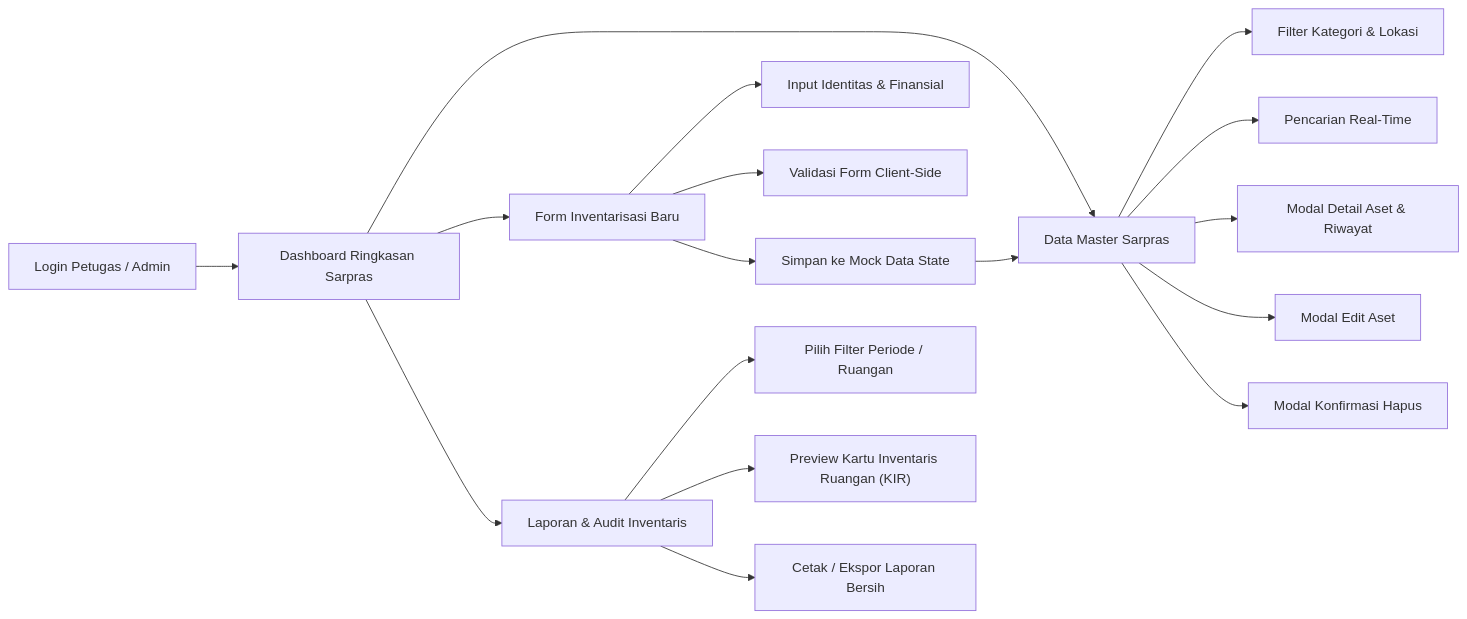
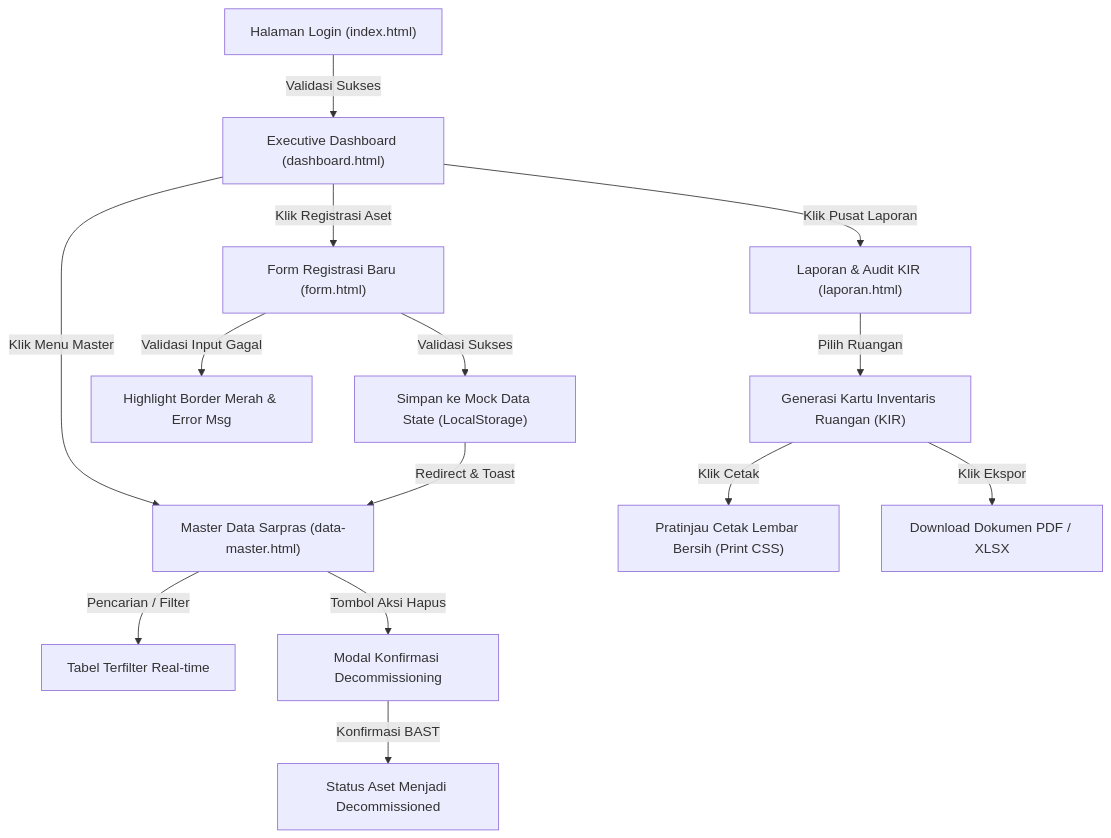
The second of 3 diagrams in PERANCANGAN.md (HeinrichRaxwell/SARPRAS-ACADEMIA), drawn with Mermaid before and after one commit. The commit also changed other lines of this file and 5 other files, not shown here.

````diff
--- a/PERANCANGAN.md
+++ b/PERANCANGAN.md
@@ -166,22 +312,19 @@
 ```mermaid
-graph LR
-    A["Login Petugas / Admin"] --> B["Dashboard Ringkasan Sarpras"]
-    B --> C["Data Master Sarpras"]
-    B --> D["Form Inventarisasi Baru"]
-    B --> E["Laporan & Audit Inventaris"]
+graph TD
+    A["Halaman Login (index.html)"] -->|Validasi Sukses| B["Executive Dashboard (dashboard.html)"]
+    B -->|Klik Menu Master| C["Master Data Sarpras (data-master.html)"]
+    B -->|Klik Registrasi Aset| D["Form Registrasi Baru (form.html)"]
+    B -->|Klik Pusat Laporan| E["Laporan & Audit KIR (laporan.html)"]
     
-    C --> C1["Filter Kategori & Lokasi"]
-    C --> C2["Pencarian Real-Time"]
-    C --> C3["Modal Detail Aset & Riwayat"]
-    C --> C4["Modal Edit Aset"]
-    C --> C5["Modal Konfirmasi Hapus"]
+    C -->|Pencarian / Filter| C1["Tabel Terfilter Real-time"]
+    C -->|Tombol Aksi Hapus| C2["Modal Konfirmasi Decommissioning"]
+    C2 -->|Konfirmasi BAST| C3["Status Aset Menjadi Decommissioned"]
     
-    D --> D1["Input Identitas & Finansial"]
-    D --> D2["Validasi Form Client-Side"]
-    D --> D3["Simpan ke Mock Data State"]
-    D3 --> C
+    D -->|Validasi Input Gagal| D1["Highlight Border Merah & Error Msg"]
+    D -->|Validasi Sukses| D2["Simpan ke Mock Data State (LocalStorage)"]
+    D2 -->|Redirect & Toast| C
     
-    E --> E1["Pilih Filter Periode / Ruangan"]
-    E --> E2["Preview Kartu Inventaris Ruangan (KIR)"]
-    E --> E3["Cetak / Ekspor Laporan Bersih"]
+    E -->|Pilih Ruangan| E1["Generasi Kartu Inventaris Ruangan (KIR)"]
+    E1 -->|Klik Cetak| E2["Pratinjau Cetak Lembar Bersih (Print CSS)"]
+    E1 -->|Klik Ekspor| E3["Download Dokumen PDF / XLSX"]
 ```
````
